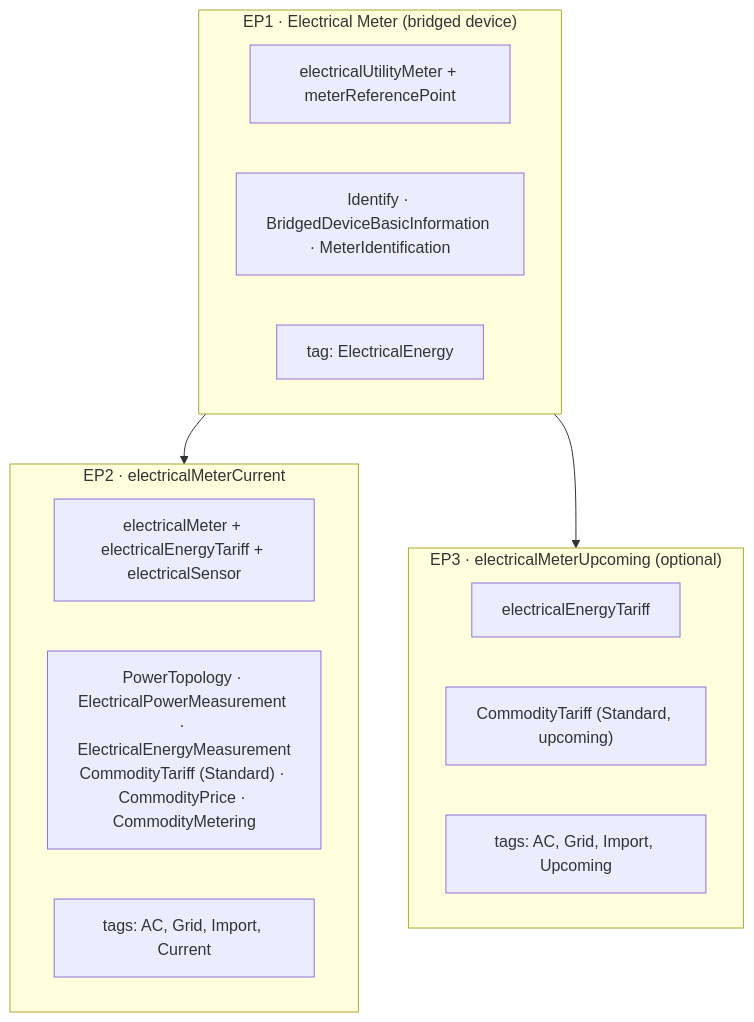
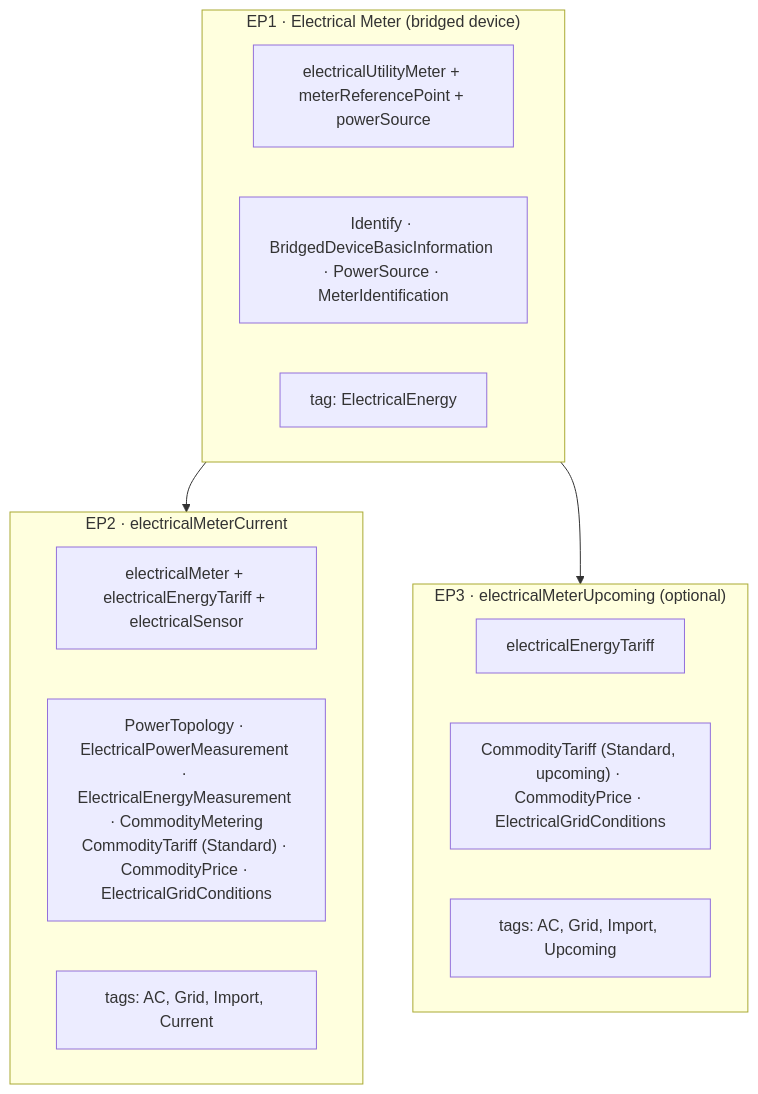
The diagram in README.md (lboue/matterbridge-example-electrical-meter), drawn with Mermaid before and after one commit. The commit also changed other lines of this file and 9 other files, not shown here.

````diff
--- a/README.md
+++ b/README.md
@@ -17,23 +17,23 @@
 ```mermaid
 flowchart TD
     subgraph EP1["EP1 · Electrical Meter (bridged device)"]
-        EP1types["electricalUtilityMeter + meterReferencePoint"]
-        EP1clusters["Identify · BridgedDeviceBasicInformation · MeterIdentification"]
+        EP1types["electricalUtilityMeter + meterReferencePoint + powerSource"]
+        EP1clusters["Identify · BridgedDeviceBasicInformation · PowerSource · MeterIdentification"]
         EP1tag["tag: ElectricalEnergy"]
     end
 
     subgraph EP2["EP2 · electricalMeterCurrent"]
         EP2types["electricalMeter + electricalEnergyTariff + electricalSensor"]
-        EP2clusters["PowerTopology · ElectricalPowerMeasurement · ElectricalEnergyMeasurement<br/>CommodityTariff (Standard) · CommodityPrice · CommodityMetering"]
+        EP2clusters["PowerTopology · ElectricalPowerMeasurement · ElectricalEnergyMeasurement · CommodityMetering<br/>CommodityTariff (Standard) · CommodityPrice · ElectricalGridConditions"]
         EP2tag["tags: AC, Grid, Import, Current"]
     end
 
     subgraph EP3["EP3 · electricalMeterUpcoming (optional)"]
         EP3types["electricalEnergyTariff"]
-        EP3clusters["CommodityTariff (Standard, upcoming)"]
+        EP3clusters["CommodityTariff (Standard, upcoming) · CommodityPrice · ElectricalGridConditions"]
         EP3tag["tags: AC, Grid, Import, Upcoming"]
     end
 
     EP1 --> EP2
     EP1 --> EP3
 ```
````
